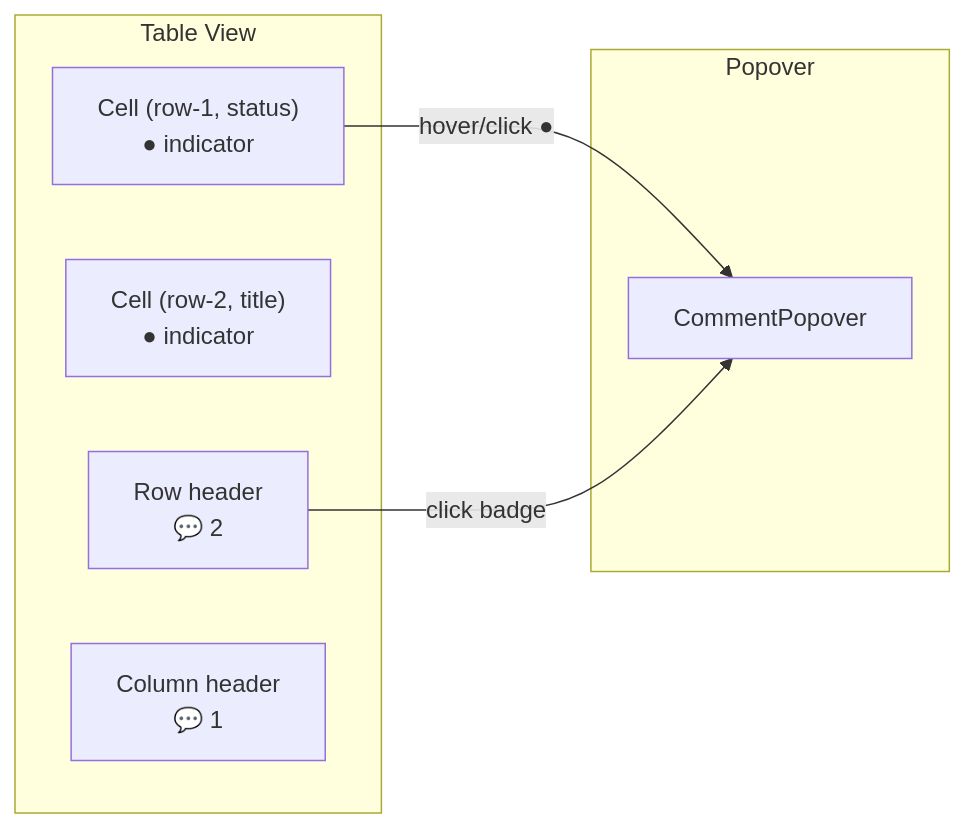
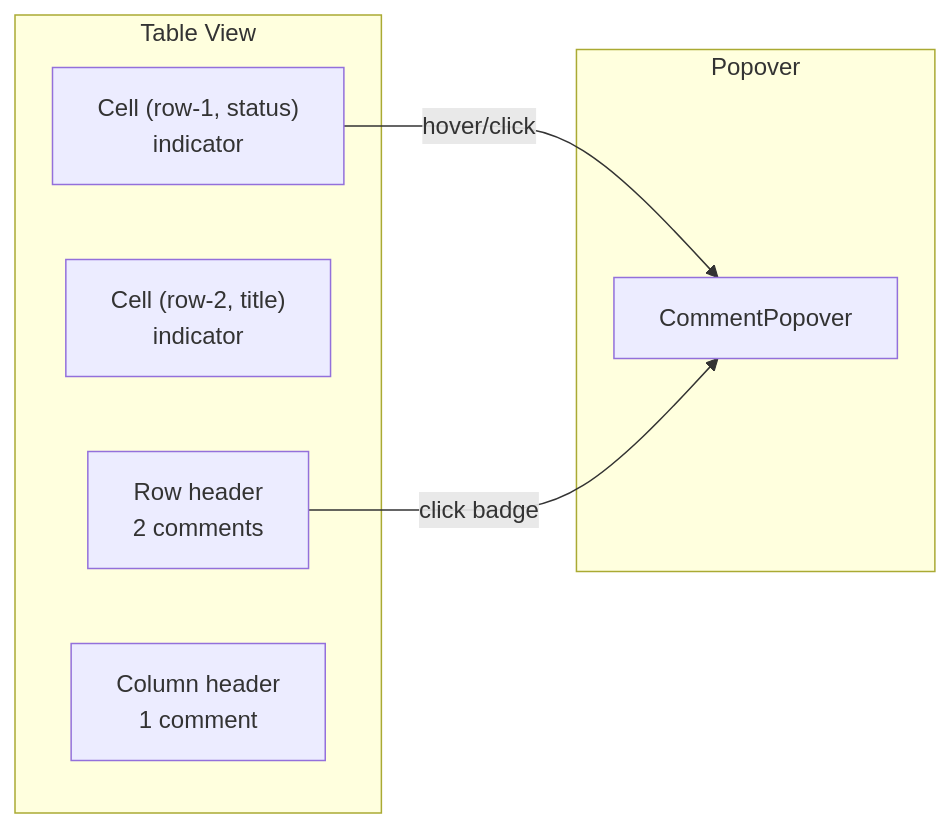
One commit to crs48/xNet changed the diagram in docs/planStep03_6Comments/06-database-comments.md. Above: the diagram before and after it, drawn with Mermaid. The commit also changed other lines of this file and 8 other files, not shown here.

````diff
--- a/docs/planStep03_6Comments/06-database-comments.md
+++ b/docs/planStep03_6Comments/06-database-comments.md
@@ -12,16 +14,16 @@
 ```mermaid
 flowchart LR
     subgraph "Table View"
-        C1["Cell (row-1, status)<br/>● indicator"]
-        C2["Cell (row-2, title)<br/>● indicator"]
-        RH["Row header<br/>💬 2"]
-        CH["Column header<br/>💬 1"]
+        C1["Cell (row-1, status)<br/>indicator"]
+        C2["Cell (row-2, title)<br/>indicator"]
+        RH["Row header<br/>2 comments"]
+        CH["Column header<br/>1 comment"]
     end
 
     subgraph "Popover"
         POP[CommentPopover]
     end
 
-    C1 -->|"hover/click ●"| POP
+    C1 -->|"hover/click"| POP
     RH -->|"click badge"| POP
 ```
````
